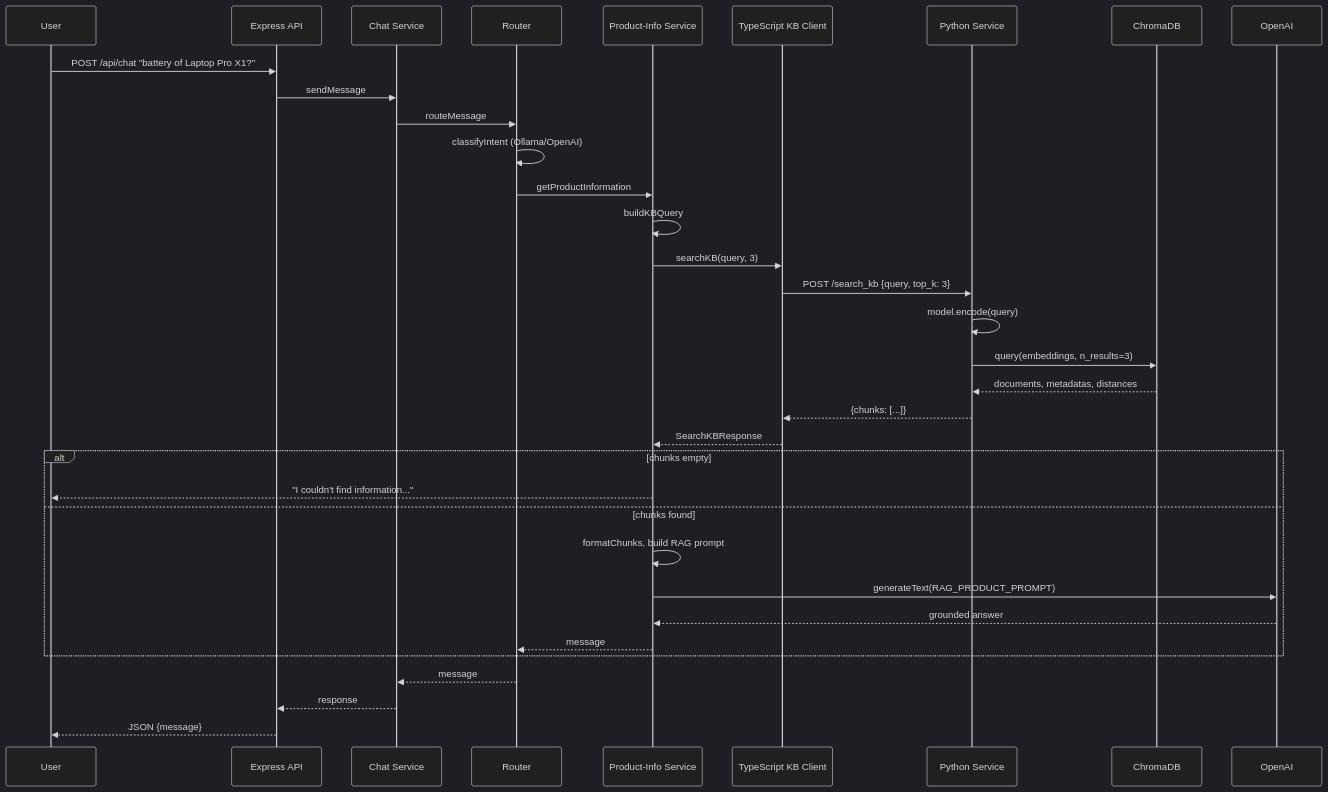
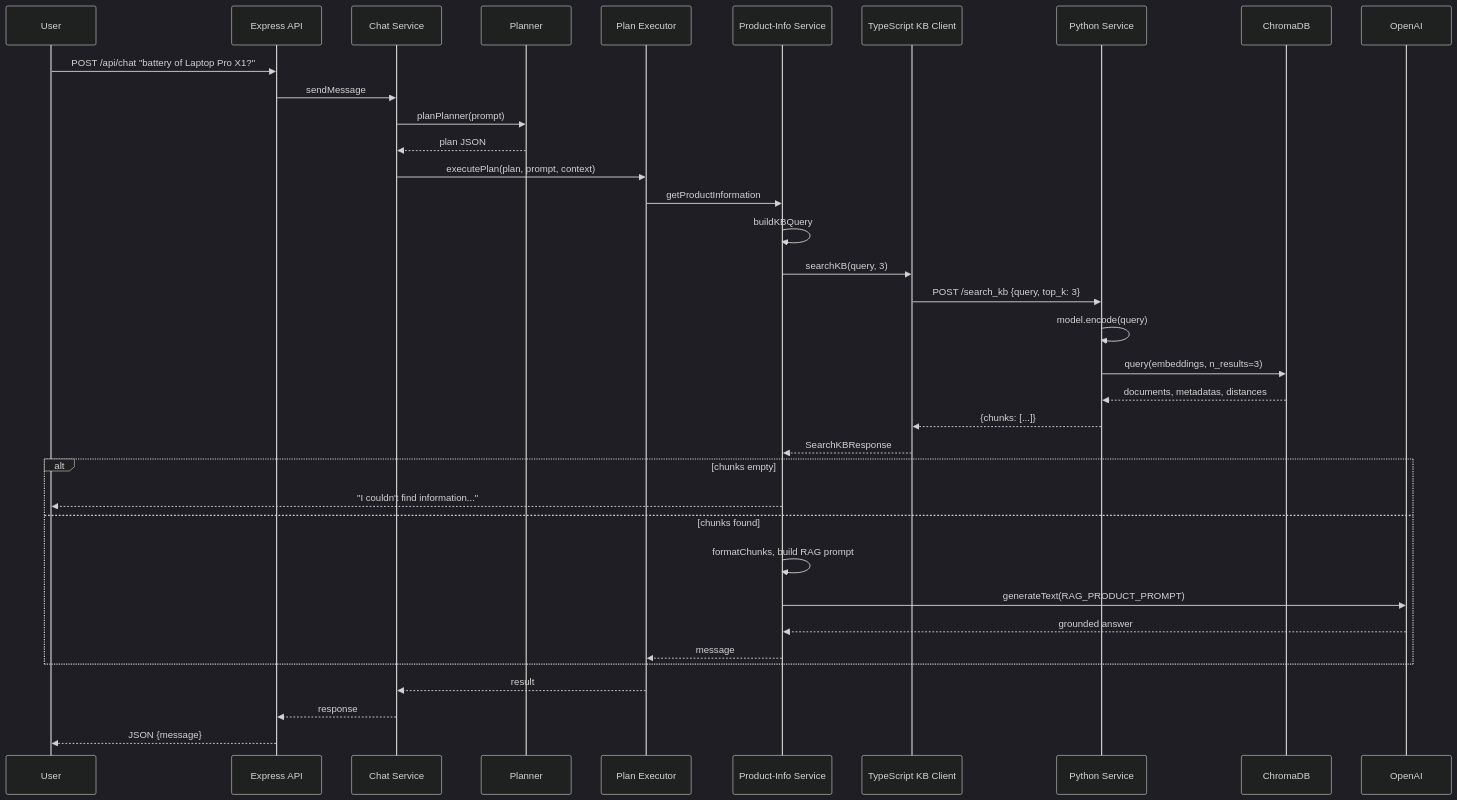
Before and after one commit to shakedarazi/ChatBot: the diagram in docs/architecture_overview.md, drawn with Mermaid (dark theme). The commit also changed other lines of this file and 7 other files, not shown here.

````diff
--- a/docs/architecture_overview.md
+++ b/docs/architecture_overview.md
@@ -95,39 +97,41 @@
 ```mermaid
 sequenceDiagram
     participant User
     participant API as Express API
     participant Chat as Chat Service
-    participant Router
+    participant Planner as Planner
+    participant Exec as Plan Executor
     participant PI as Product-Info Service
     participant TS as TypeScript KB Client
     participant Py as Python Service
     participant Chroma as ChromaDB
     participant OpenAI
 
     User->>API: POST /api/chat "battery of Laptop Pro X1?"
     API->>Chat: sendMessage
-    Chat->>Router: routeMessage
-    Router->>Router: classifyIntent (Ollama/OpenAI)
-    Router->>PI: getProductInformation
+    Chat->>Planner: planPlanner(prompt)
+    Planner-->>Chat: plan JSON
+    Chat->>Exec: executePlan(plan, prompt, context)
+    Exec->>PI: getProductInformation
 
     PI->>PI: buildKBQuery
     PI->>TS: searchKB(query, 3)
     TS->>Py: POST /search_kb {query, top_k: 3}
     Py->>Py: model.encode(query)
     Py->>Chroma: query(embeddings, n_results=3)
     Chroma-->>Py: documents, metadatas, distances
     Py-->>TS: {chunks: [...]}
     TS-->>PI: SearchKBResponse
 
     alt chunks empty
         PI-->>User: "I couldn't find information..."
     else chunks found
         PI->>PI: formatChunks, build RAG prompt
         PI->>OpenAI: generateText(RAG_PRODUCT_PROMPT)
         OpenAI-->>PI: grounded answer
-        PI-->>Router: message
+        PI-->>Exec: message
     end
-    Router-->>Chat: message
+    Exec-->>Chat: result
     Chat-->>API: response
     API-->>User: JSON {message}
 ```
````
